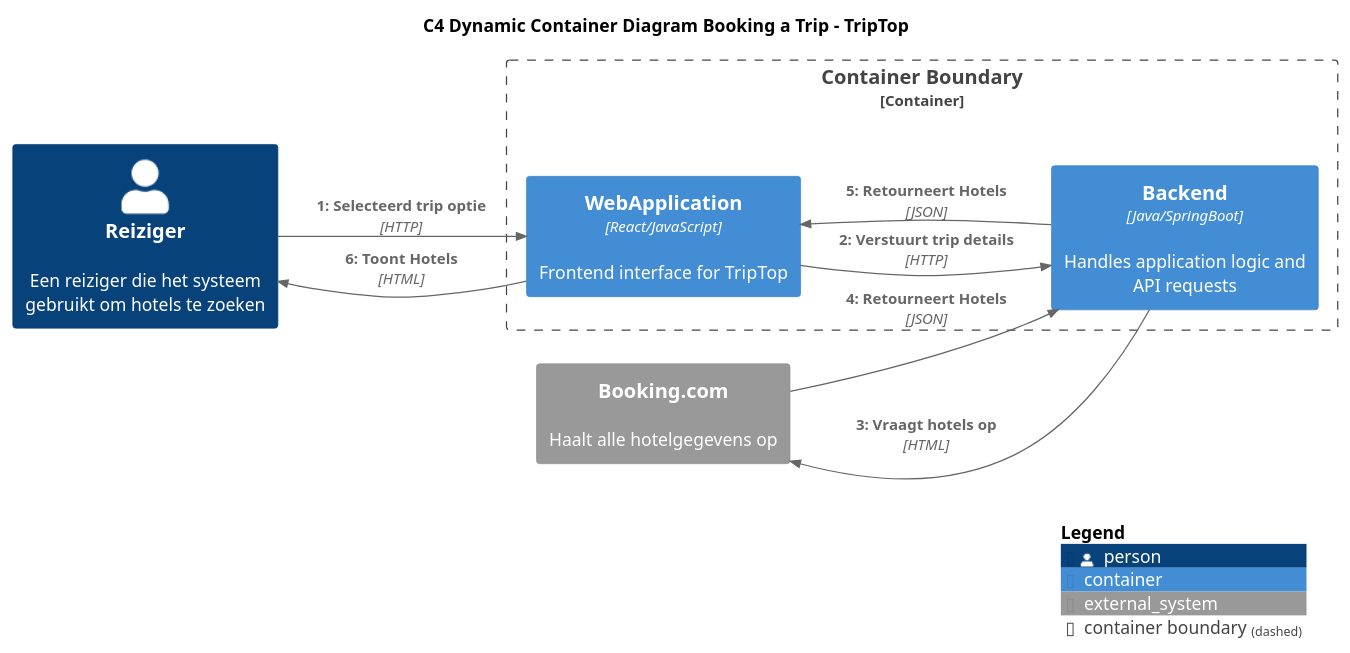
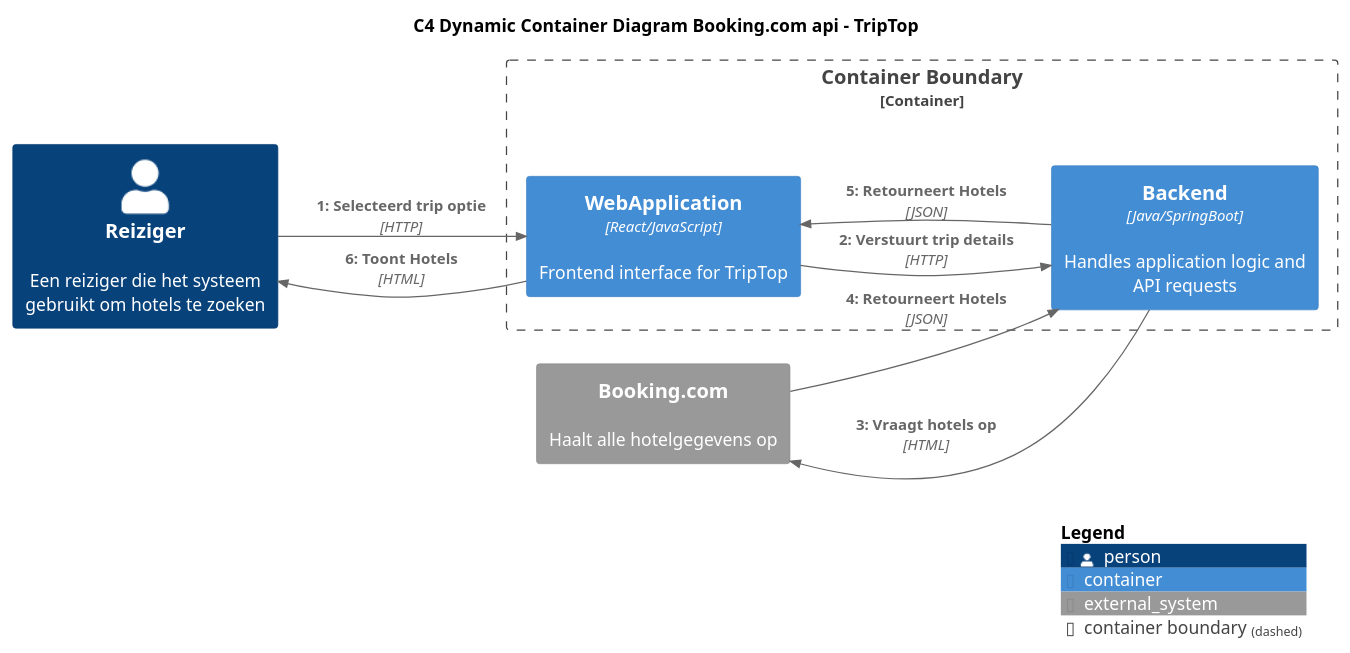
Before and after one commit to AIM-ENE-feb25/triptop-groep-b4: the diagram in C4_diagrammen/DynamicContainerDiagramBooking.puml, drawn with PlantUML. The commit also changed 2 other files, not shown here.

Commit message:
dynamische container diagram

```diff
--- a/C4_diagrammen/DynamicContainerDiagramBooking.puml
+++ b/C4_diagrammen/DynamicContainerDiagramBooking.puml
@@ -1,25 +1,25 @@
 @startuml
 !include https://raw.githubusercontent.com/plantuml-stdlib/C4-PlantUML/master/C4_Container.puml
 
-title C4 Dynamic Container Diagram Booking a Trip - TripTop
+title C4 Dynamic Container Diagram Booking.com api - TripTop
 left to right direction
 
 Person(Reiziger, "Reiziger", "Een reiziger die het systeem gebruikt om hotels te zoeken")
 
 Container_Boundary(ContainerBoundary, "Container Boundary") {
     Container(WebApp, "WebApplication", "React/JavaScript", "Frontend interface for TripTop")
     Container(Backend, "Backend", "Java/SpringBoot", "Handles application logic and API requests")
 }
 
 System_Ext(BookingCom, "Booking.com", "Haalt alle hotelgegevens op")
 
 Rel(Reiziger, WebApp, "1: Selecteerd trip optie", $techn="HTTP", $tags="", $link="")
 Rel(WebApp, Backend, "2: Verstuurt trip details", $techn="HTTP", $tags="", $link="")
 Rel(Backend, BookingCom,"3: Vraagt hotels op", $techn="HTML", $tags="", $link="")
 Rel(BookingCom, Backend, "4: Retourneert Hotels", $techn="JSON", $tags="", $link="")
 Rel(Backend, WebApp, "5: Retourneert Hotels", $techn="JSON", $tags="", $link="")
 Rel(WebApp, Reiziger, "6: Toont Hotels", $techn="HTML", $tags="", $link="")
 
 
 SHOW_LEGEND(true)
 @enduml
```
